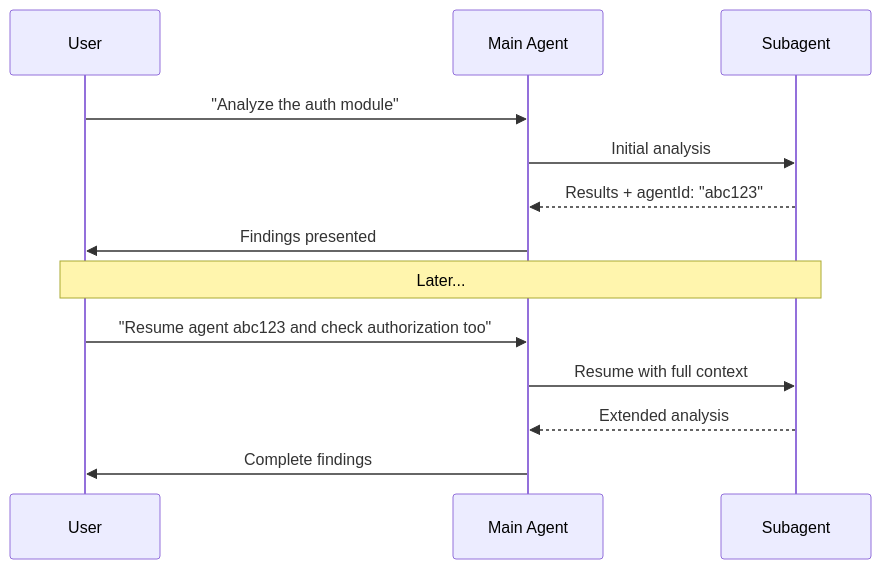
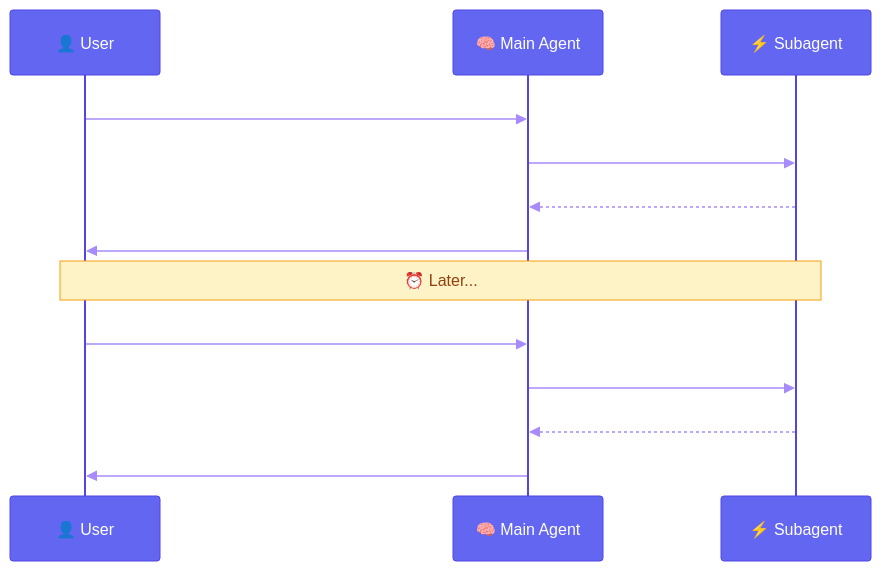
The fourth of 4 diagrams in patterns/01-subagent-orchestration.md (ThibautMelen/agentic-ai-systems), drawn with Mermaid before and after one commit. The commit also changed other lines of this file and 7 other files, not shown here.

First line of the commit message:
style(diagrams): add vibrant colors to all Mermaid diagrams

````diff
--- a/patterns/01-subagent-orchestration.md
+++ b/patterns/01-subagent-orchestration.md
@@ -183,18 +197,19 @@
 ```mermaid
+%%{init: {'theme': 'base', 'themeVariables': { 'primaryColor': '#8b5cf6', 'primaryTextColor': '#ffffff', 'primaryBorderColor': '#7c3aed', 'lineColor': '#a78bfa', 'actorBkg': '#6366f1', 'actorTextColor': '#ffffff', 'actorBorder': '#4f46e5', 'signalColor': '#a78bfa', 'activationBkgColor': '#c4b5fd', 'activationBorderColor': '#7c3aed', 'noteBkgColor': '#fef3c7', 'noteTextColor': '#92400e', 'noteBorderColor': '#f59e0b'}}}%%
 sequenceDiagram
-    participant U as User
-    participant M as Main Agent
-    participant S as Subagent
+    participant U as 👤 User
+    participant M as 🧠 Main Agent
+    participant S as ⚡ Subagent
 
     U->>M: "Analyze the auth module"
     M->>S: Initial analysis
     S-->>M: Results + agentId: "abc123"
     M->>U: Findings presented
 
-    Note over U,S: Later...
+    Note over U,S: ⏰ Later...
 
     U->>M: "Resume agent abc123 and check authorization too"
     M->>S: Resume with full context
     S-->>M: Extended analysis
     M->>U: Complete findings
 ```
````
